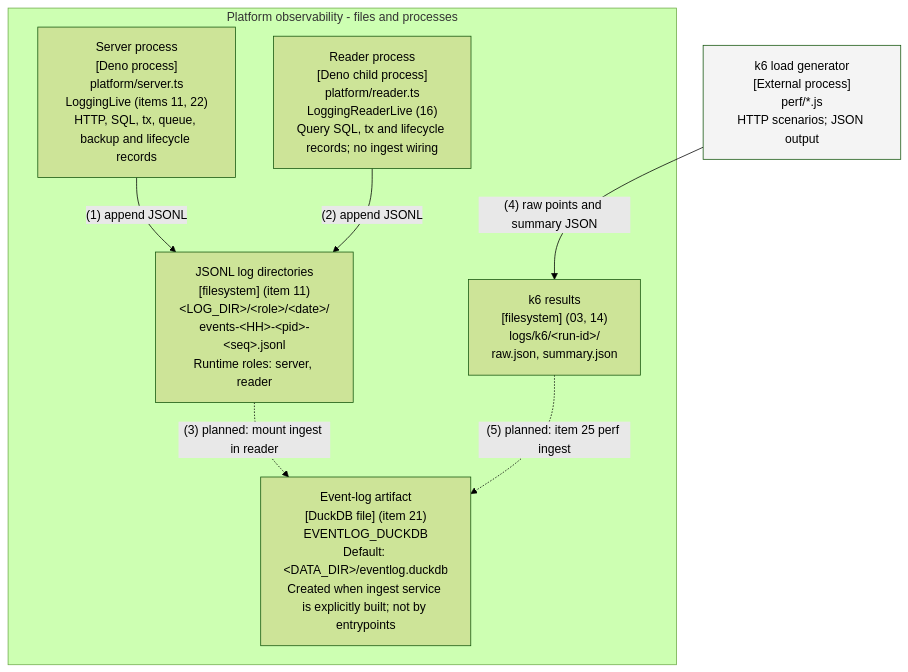
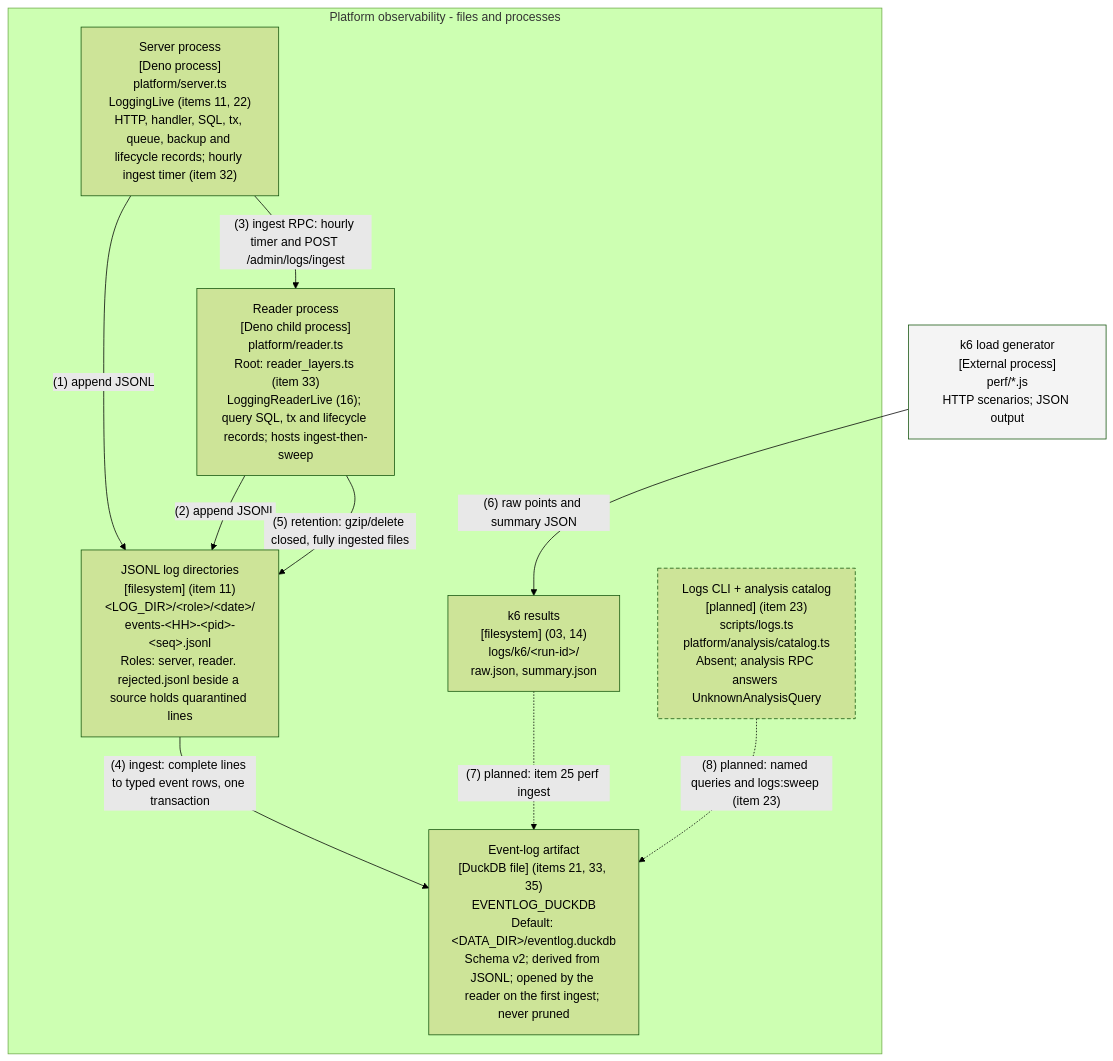
Before and after one commit to nickstrad/ts-db: the diagram in docs/architecture/c4-container-observability.github.md, drawn with Mermaid (forest theme). The commit also changed other lines of this file and 14 other files, not shown here.

First line of the commit message:
docs: reconcile architecture and runtime documentation (item 37)

````diff
--- a/docs/architecture/c4-container-observability.github.md
+++ b/docs/architecture/c4-container-observability.github.md
@@ -15,20 +17,25 @@
 ```mermaid
 flowchart TB
     subgraph scope["Platform observability - files and processes"]
-        server["Server process<br/>[Deno process]<br/>platform/server.ts<br/>LoggingLive (items 11, 22)<br/>HTTP, SQL, tx, queue, backup and lifecycle records"]
-        reader["Reader process<br/>[Deno child process]<br/>platform/reader.ts<br/>LoggingReaderLive (16)<br/>Query SQL, tx and lifecycle records; no ingest wiring"]
-        jsonl["JSONL log directories<br/>[filesystem] (item 11)<br/>&lt;LOG_DIR&gt;/&lt;role&gt;/&lt;date&gt;/<br/>events-&lt;HH&gt;-&lt;pid&gt;-<br/>&lt;seq&gt;.jsonl<br/>Runtime roles: server, reader"]
-        duck["Event-log artifact<br/>[DuckDB file] (item 21)<br/>EVENTLOG_DUCKDB<br/>Default: &lt;DATA_DIR&gt;/eventlog.duckdb<br/>Created when ingest service is explicitly built; not by entrypoints"]
+        server["Server process<br/>[Deno process]<br/>platform/server.ts<br/>LoggingLive (items 11, 22)<br/>HTTP, handler, SQL, tx, queue, backup and lifecycle records; hourly ingest timer (item 32)"]
+        reader["Reader process<br/>[Deno child process]<br/>platform/reader.ts<br/>Root: reader_layers.ts (item 33)<br/>LoggingReaderLive (16); query SQL, tx and lifecycle records; hosts ingest-then-sweep"]
+        jsonl["JSONL log directories<br/>[filesystem] (item 11)<br/>&lt;LOG_DIR&gt;/&lt;role&gt;/&lt;date&gt;/<br/>events-&lt;HH&gt;-&lt;pid&gt;-<br/>&lt;seq&gt;.jsonl<br/>Roles: server, reader. rejected.jsonl beside a source holds quarantined lines"]
+        duck["Event-log artifact<br/>[DuckDB file] (items 21, 33, 35)<br/>EVENTLOG_DUCKDB<br/>Default: &lt;DATA_DIR&gt;/eventlog.duckdb<br/>Schema v2; derived from JSONL; opened by the reader on the first ingest; never pruned"]
         results["k6 results<br/>[filesystem] (03, 14)<br/>logs/k6/&lt;run-id&gt;/<br/>raw.json, summary.json"]
+        cli["Logs CLI + analysis catalog<br/>[planned] (item 23)<br/>scripts/logs.ts<br/>platform/analysis/catalog.ts<br/>Absent; analysis RPC answers UnknownAnalysisQuery"]
     end
         k6["k6 load generator<br/>[External process]<br/>perf/*.js<br/>HTTP scenarios; JSON output"]
     server -->|"(1) append JSONL"| jsonl
     reader -->|"(2) append JSONL"| jsonl
-    jsonl -.->|"(3) planned: mount ingest in reader"| duck
-    k6 -->|"(4) raw points and summary JSON"| results
-    results -.->|"(5) planned: item 25 perf ingest"| duck
+    server -->|"(3) ingest RPC: hourly timer and POST /admin/logs/ingest"| reader
+    jsonl -->|"(4) ingest: complete lines to typed event rows, one transaction"| duck
+    reader -->|"(5) retention: gzip/delete closed, fully ingested files"| jsonl
+    k6 -->|"(6) raw points and summary JSON"| results
+    results -.->|"(7) planned: item 25 perf ingest"| duck
+    cli -.->|"(8) planned: named queries and logs:sweep (item 23)"| duck
     classDef planned stroke-dasharray: 5 3
     classDef person fill:#fff,stroke-width:2px
     classDef external fill:#f4f4f4
+    class cli planned
     class k6 external
 ```
````
